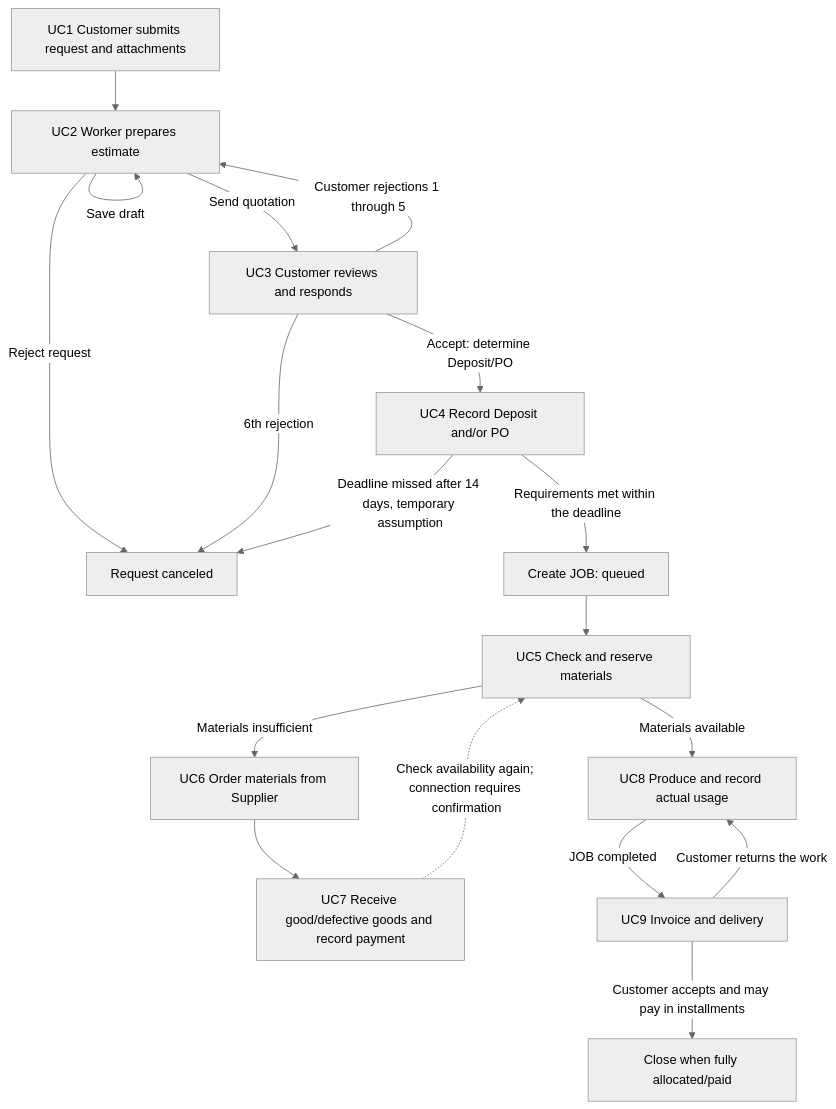
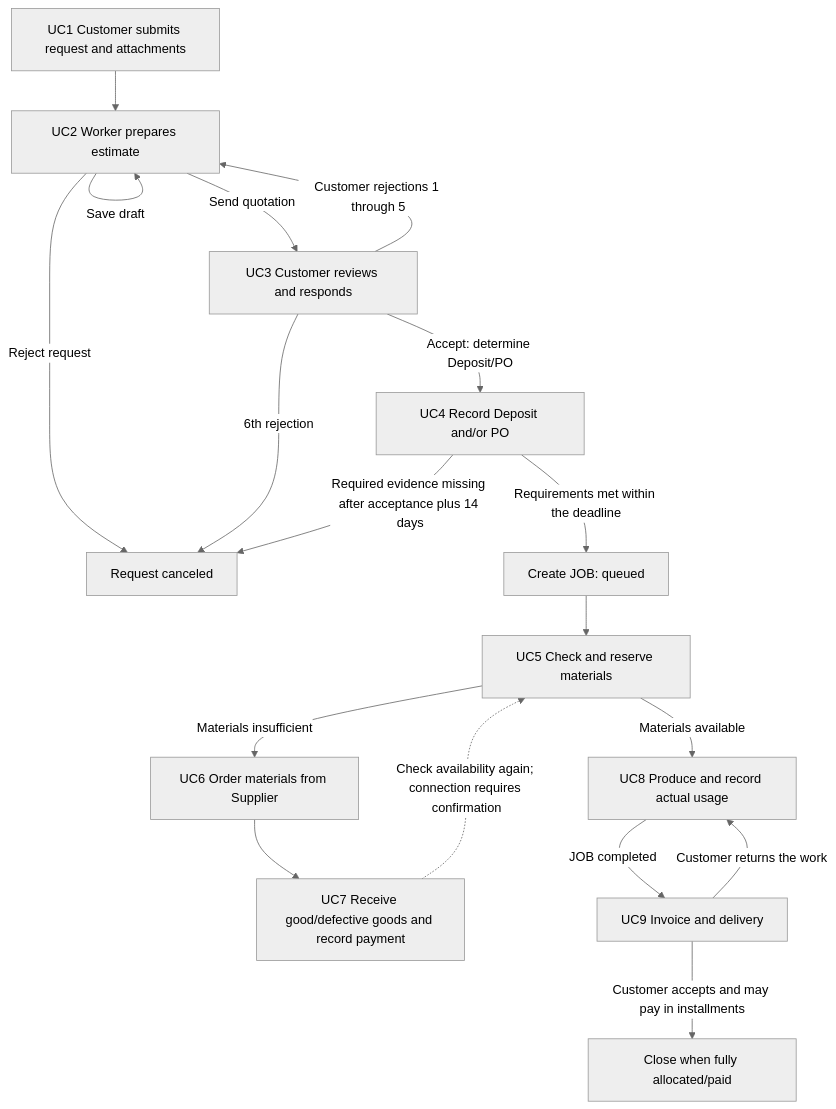
Before and after one commit to 01418321-SA-Lathe-Shop/sa-lathe-shop-be: the diagram in docs/01-backend.md, drawn with Mermaid (neutral theme). The commit also changed other lines of this file and 6 other files, not shown here.

````diff
--- a/docs/01-backend.md
+++ b/docs/01-backend.md
@@ -32,20 +38,20 @@
 ```mermaid
 flowchart TD
   UC1[UC1 Customer submits request and attachments] --> UC2[UC2 Worker prepares estimate]
   UC2 -->|Send quotation| UC3[UC3 Customer reviews and responds]
   UC2 -->|Save draft| UC2
   UC2 -->|Reject request| CANCELED[Request canceled]
   UC3 -->|Customer rejections 1 through 5| UC2
   UC3 -->|6th rejection| CANCELED
   UC3 -->|Accept: determine Deposit/PO| UC4[UC4 Record Deposit and/or PO]
   UC4 -->|Requirements met within the deadline| JOB[Create JOB: queued]
-  UC4 -->|Deadline missed after 14 days, temporary assumption| CANCELED
+  UC4 -->|Required evidence missing after acceptance plus 14 days| CANCELED
   JOB --> UC5[UC5 Check and reserve materials]
   UC5 -->|Materials available| UC8[UC8 Produce and record actual usage]
   UC5 -->|Materials insufficient| UC6[UC6 Order materials from Supplier]
   UC6 --> UC7[UC7 Receive good/defective goods and record payment]
   UC7 -.->|Check availability again; connection requires confirmation| UC5
   UC8 -->|JOB completed| UC9[UC9 Invoice and delivery]
   UC9 -->|Customer returns the work| UC8
   UC9 -->|Customer accepts and may pay in installments| DONE[Close when fully allocated/paid]
 ```
````
